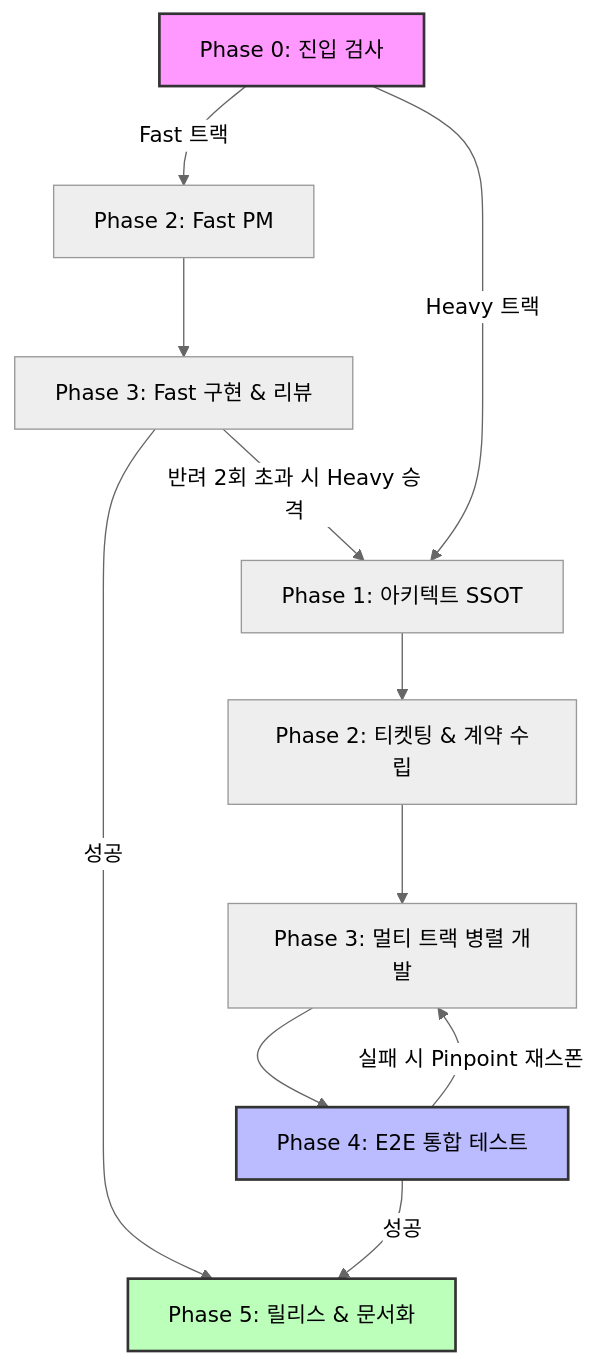
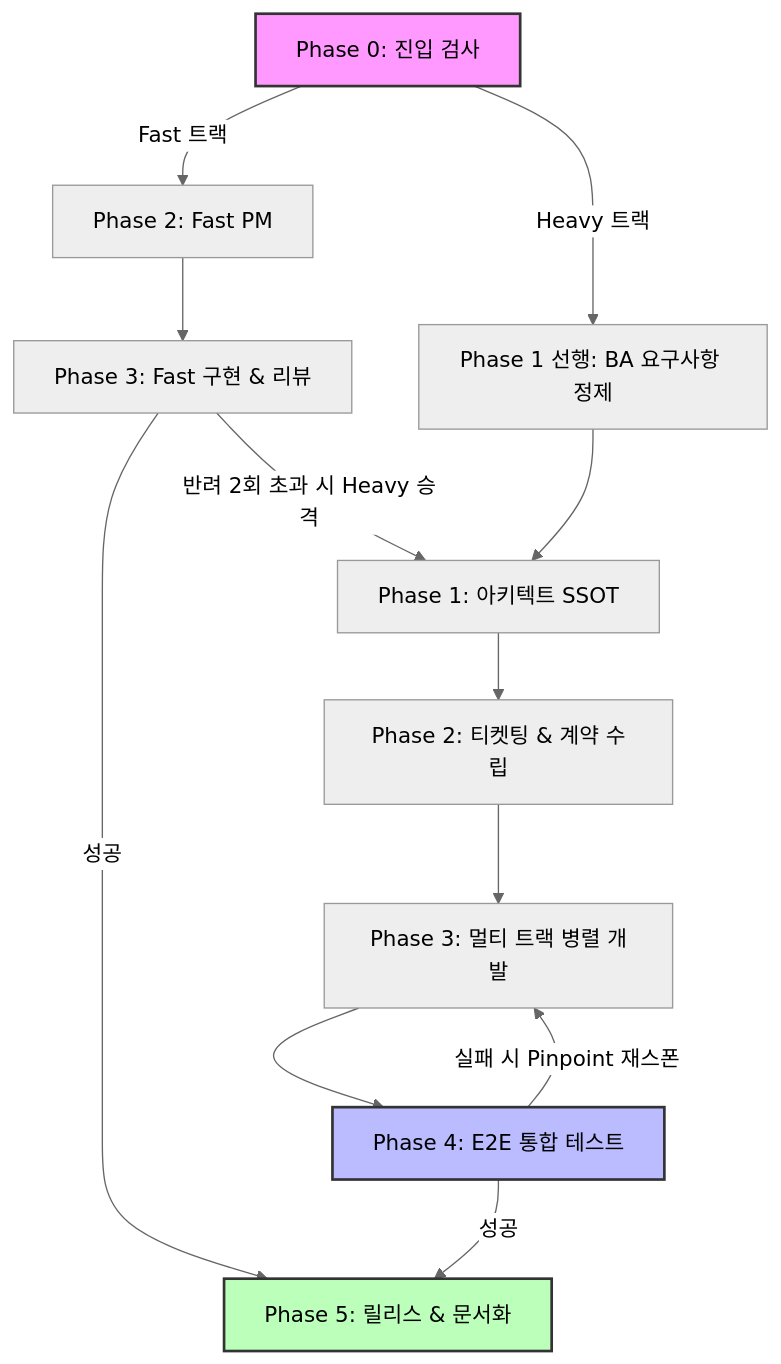
One commit to nyj001012/web-sdlc-harness changed the first of 2 diagrams in README.md. Above: the diagram before and after it, drawn with Mermaid. The commit also changed other lines of this file and 13 other files, not shown here.

````diff
--- a/README.md
+++ b/README.md
@@ -143,22 +145,23 @@
 ```mermaid
 %%{init: {'theme': 'neutral', 'config': {'useMaxWidth': true}}}%%
 graph TD
     P0[Phase 0: 진입 검사] -->|Fast 트랙| P2_F[Phase 2: Fast PM]
-    P0 -->|Heavy 트랙| P1[Phase 1: 아키텍트 SSOT]
+    P0 -->|Heavy 트랙| P1_BA[Phase 1 선행: BA 요구사항 정제]
+    P1_BA --> P1[Phase 1: 아키텍트 SSOT]
 
     %% Fast Track
     P2_F --> P3_F[Phase 3: Fast 구현 & 리뷰]
     P3_F -->|성공| P5[Phase 5: 릴리스 & 문서화]
     P3_F -->|반려 2회 초과 시 Heavy 승격| P1
 
     %% Heavy Track
     P1 --> P2_H[Phase 2: 티켓팅 & 계약 수립]
     P2_H --> P3_H[Phase 3: 멀티 트랙 병렬 개발]
     P3_H --> P4[Phase 4: E2E 통합 테스트]
     P4 -->|성공| P5
     P4 -->|실패 시 Pinpoint 재스폰| P3_H
 
     style P0 fill:#f9f,stroke:#333,stroke-width:2px
     style P4 fill:#bbf,stroke:#333,stroke-width:2px
     style P5 fill:#bfb,stroke:#333,stroke-width:2px
 ```
````
